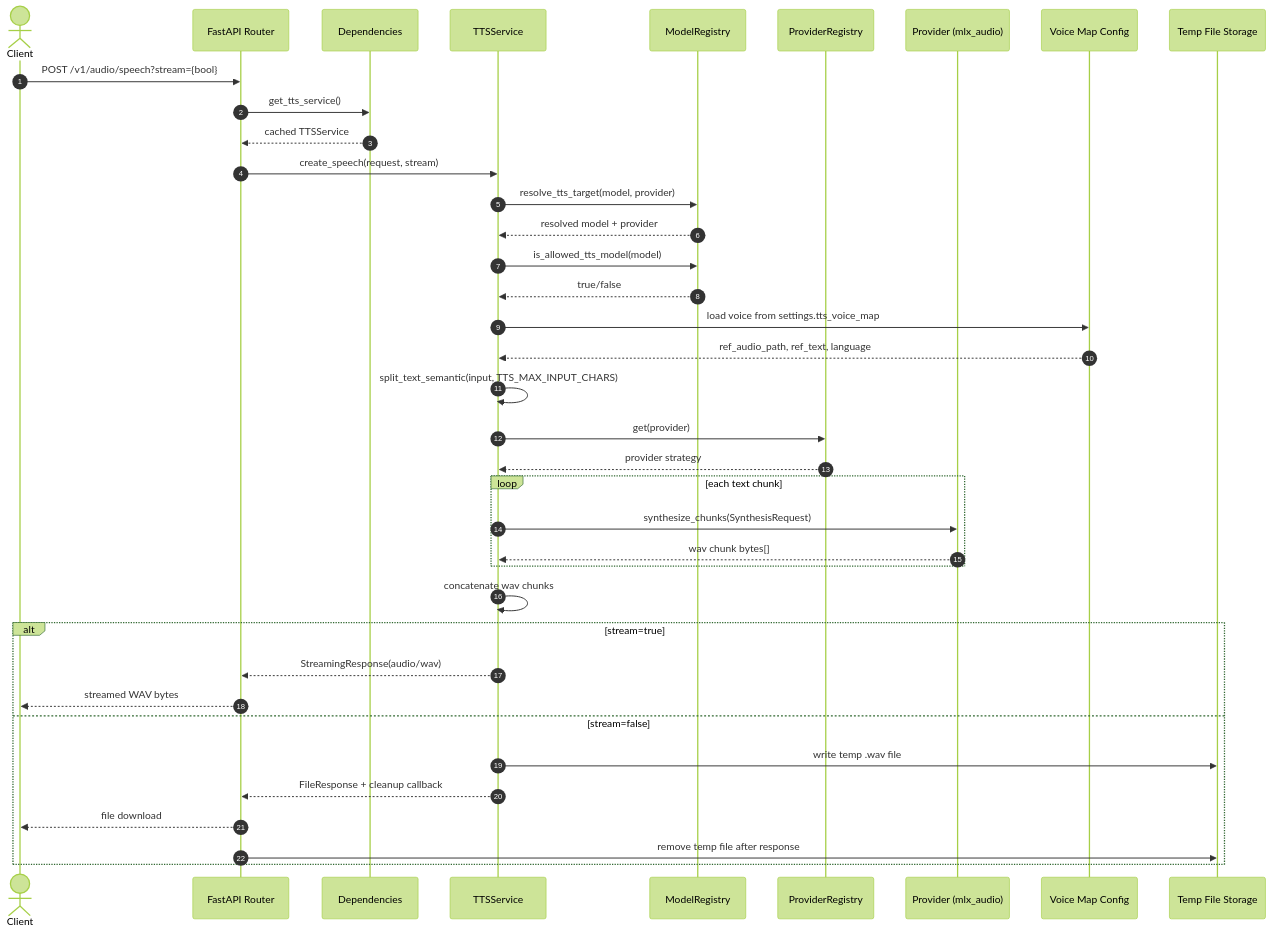
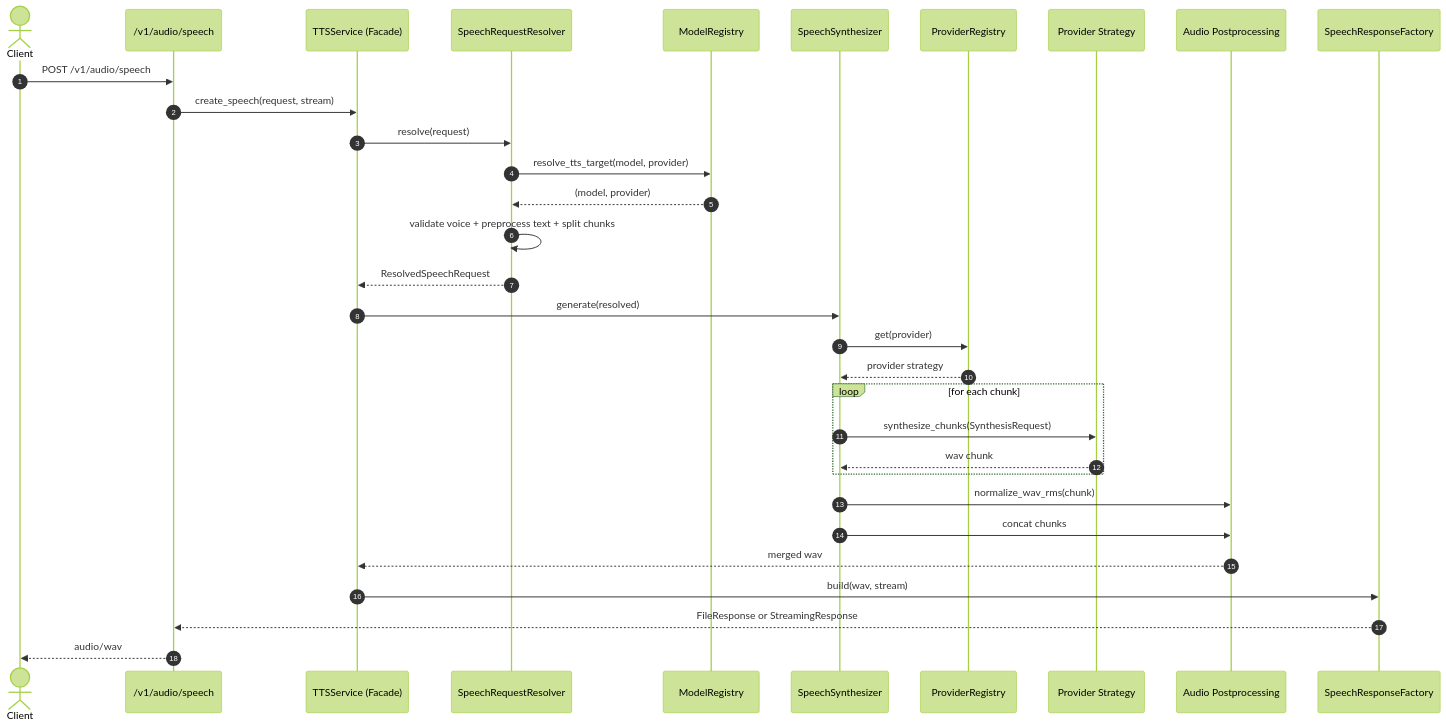
Before and after one commit to Antonio-Rinaldi/llm-tts-api: the diagram in README.md, drawn with Mermaid (forest theme). The commit also changed other lines of this file and 26 other files, not shown here.

````diff
--- a/README.md
+++ b/README.md
@@ -182,47 +83,37 @@
 ```mermaid
 sequenceDiagram
     autonumber
     actor Client
-    participant API as FastAPI Router
-    participant Dep as Dependencies
-    participant TTS as TTSService
+    participant Router as /v1/audio/speech
+    participant Service as TTSService (Facade)
+    participant Resolver as SpeechRequestResolver
     participant MR as ModelRegistry
+    participant Synth as SpeechSynthesizer
     participant PR as ProviderRegistry
-    participant Prov as Provider (mlx_audio)
-    participant Voice as Voice Map Config
-    participant FS as Temp File Storage
+    participant Provider as Provider Strategy
+    participant Post as Audio Postprocessing
+    participant Resp as SpeechResponseFactory
 
-    Client->>API: POST /v1/audio/speech?stream={bool}
-    API->>Dep: get_tts_service()
-    Dep-->>API: cached TTSService
-    API->>TTS: create_speech(request, stream)
+    Client->>Router: POST /v1/audio/speech
+    Router->>Service: create_speech(request, stream)
+    Service->>Resolver: resolve(request)
+    Resolver->>MR: resolve_tts_target(model, provider)
+    MR-->>Resolver: (model, provider)
+    Resolver->>Resolver: validate voice + preprocess text + split chunks
+    Resolver-->>Service: ResolvedSpeechRequest
 
-    TTS->>MR: resolve_tts_target(model, provider)
-    MR-->>TTS: resolved model + provider
-    TTS->>MR: is_allowed_tts_model(model)
-    MR-->>TTS: true/false
+    Service->>Synth: generate(resolved)
+    Synth->>PR: get(provider)
+    PR-->>Synth: provider strategy
+    loop for each chunk
+        Synth->>Provider: synthesize_chunks(SynthesisRequest)
+        Provider-->>Synth: wav chunk
+    end
+    Synth->>Post: normalize_wav_rms(chunk)
+    Synth->>Post: concat chunks
+    Post-->>Service: merged wav
 
-    TTS->>Voice: load voice from settings.tts_voice_map
-    Voice-->>TTS: ref_audio_path, ref_text, language
-
-    TTS->>TTS: split_text_semantic(input, TTS_MAX_INPUT_CHARS)
-    TTS->>PR: get(provider)
-    PR-->>TTS: provider strategy
-
-    loop each text chunk
-        TTS->>Prov: synthesize_chunks(SynthesisRequest)
-        Prov-->>TTS: wav chunk bytes[]
-    end
-
-    TTS->>TTS: concatenate wav chunks
-
-    alt stream=true
-        TTS-->>API: StreamingResponse(audio/wav)
-        API-->>Client: streamed WAV bytes
-    else stream=false
-        TTS->>FS: write temp .wav file
-        TTS-->>API: FileResponse + cleanup callback
-        API-->>Client: file download
-        API->>FS: remove temp file after response
-    end
+    Service->>Resp: build(wav, stream)
+    Resp-->>Router: FileResponse or StreamingResponse
+    Router-->>Client: audio/wav
 ```
````
